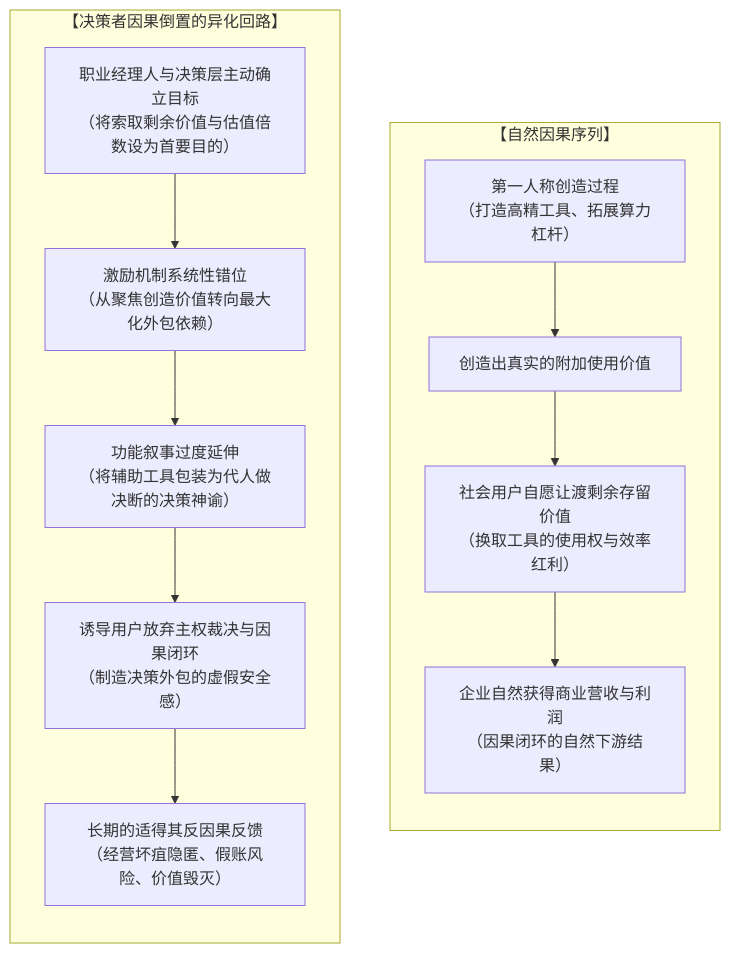
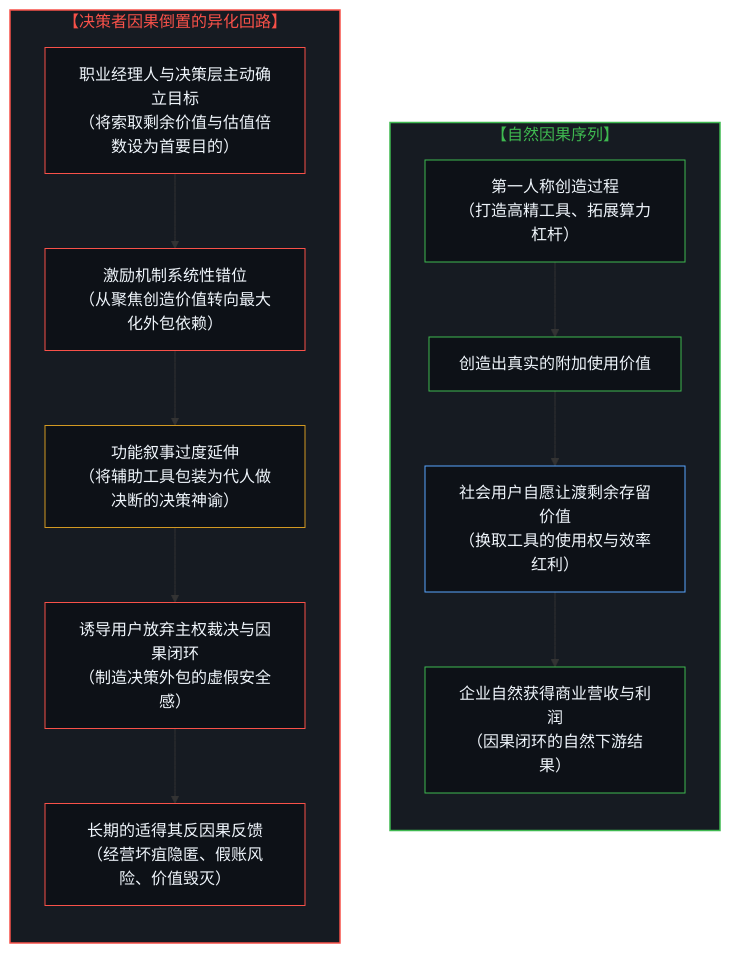
Before and after one commit to powerpig99/not-a-toe: the fifth of 12 diagrams in content/posts/the-delegation-of-the-task-and-the-inalienability-of-consequences.md, drawn with Mermaid. The commit also changed other lines of this file and 4 other files, not shown here.

Commit message:
Align Post 328 diagrams with historical dark theme, purge physical will inversion, and archive specifications

````diff
--- a/content/posts/the-delegation-of-the-task-and-the-inalienability-of-consequences.md
+++ b/content/posts/the-delegation-of-the-task-and-the-inalienability-of-consequences.md
@@ -113,17 +141,29 @@
 ```mermaid
 graph TD
     subgraph Natural_Causal_Order["【自然因果序列】"]
         direction TB
         V1["第一人称创造过程<br/>（打造高精工具、拓展算力杠杆）"] --> V2["创造出真实的附加使用价值"]
         V2 --> V3["社会用户自愿让渡剩余存留价值<br/>（换取工具的使用权与效率红利）"]
         V3 --> V4["企业自然获得商业营收与利润<br/>（因果闭环的自然下游结果）"]
     end
 
     subgraph Inverted_Causal_Order["【决策者因果倒置的异化回路】"]
         direction TB
         I1["职业经理人与决策层主动确立目标<br/>（将索取剩余价值与估值倍数设为首要目的）"] --> I2["激励机制系统性错位<br/>（从聚焦创造价值转向最大化外包依赖）"]
         I2 --> I3["功能叙事过度延伸<br/>（将辅助工具包装为代人做决断的决策神谕）"]
         I3 --> I4["诱导用户放弃主权裁决与因果闭环<br/>（制造决策外包的虚假安全感）"]
         I4 --> I5["长期的适得其反因果反馈<br/>（经营坏疽隐匿、假账风险、价值毁灭）"]
     end
+
+    style Natural_Causal_Order fill:#161b22,stroke:#3fb950,stroke-width:1.5px,color:#3fb950
+    style Inverted_Causal_Order fill:#161b22,stroke:#f85149,stroke-width:1.5px,color:#f85149
+    style V1 fill:#0d1117,stroke:#3fb950,stroke-width:1px,color:#f0f6fc
+    style V2 fill:#0d1117,stroke:#3fb950,stroke-width:1px,color:#f0f6fc
+    style V3 fill:#0d1117,stroke:#58a6ff,stroke-width:1px,color:#f0f6fc
+    style V4 fill:#0d1117,stroke:#3fb950,stroke-width:1px,color:#f0f6fc
+    style I1 fill:#0d1117,stroke:#f85149,stroke-width:1px,color:#f0f6fc
+    style I2 fill:#0d1117,stroke:#f85149,stroke-width:1px,color:#f0f6fc
+    style I3 fill:#0d1117,stroke:#d29922,stroke-width:1px,color:#f0f6fc
+    style I4 fill:#0d1117,stroke:#f85149,stroke-width:1px,color:#f0f6fc
+    style I5 fill:#0d1117,stroke:#f85149,stroke-width:1px,color:#f0f6fc
 ```
````
